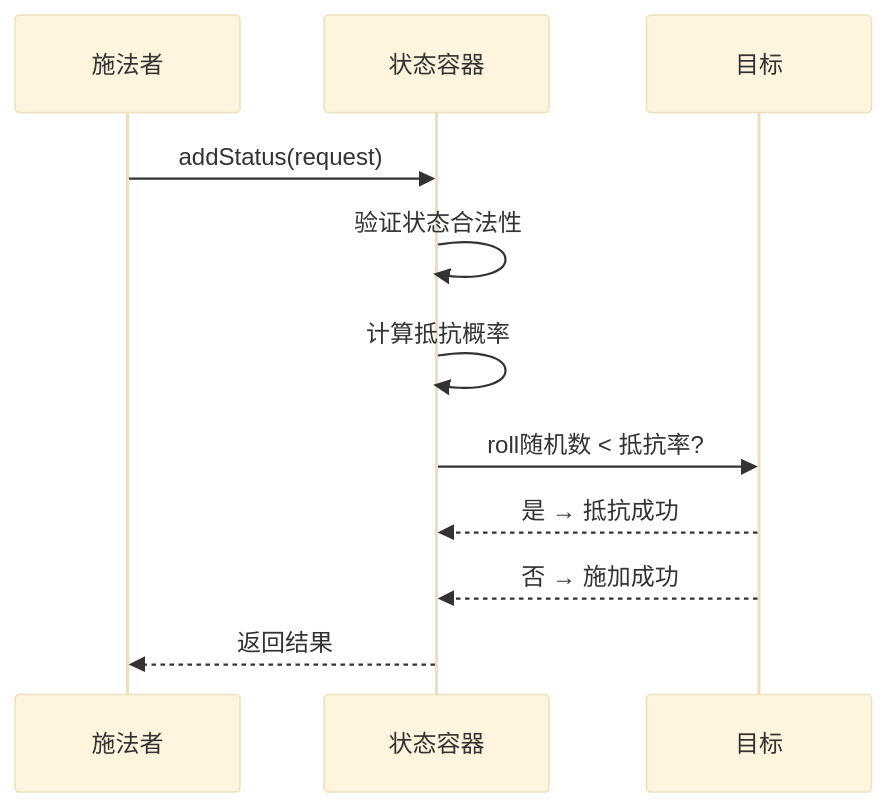
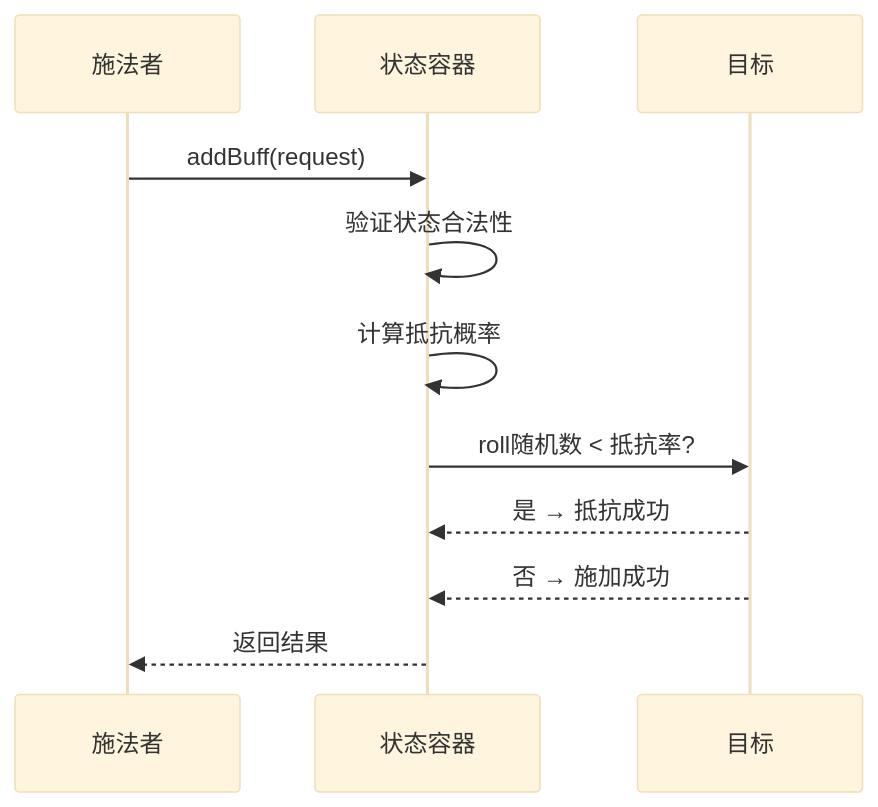
The second of 5 diagrams in .qoder/repowiki/zh/content/核心功能模块/战斗系统/战斗流程/回合执行/状态效果系统.md (ChurchTao/Daoyou), drawn with Mermaid (base theme) before and after one commit. The commit also changed other lines of this file and 41 other files, not shown here.

````diff
--- a/.qoder/repowiki/zh/content/核心功能模块/战斗系统/战斗流程/回合执行/状态效果系统.md
+++ b/.qoder/repowiki/zh/content/核心功能模块/战斗系统/战斗流程/回合执行/状态效果系统.md
@@ -129,13 +139,13 @@
 ```mermaid
 sequenceDiagram
 participant 施法者
 participant 状态容器
 participant 目标
-施法者->>状态容器 : addStatus(request)
+施法者->>状态容器 : addBuff(request)
 状态容器->>状态容器 : 验证状态合法性
 状态容器->>状态容器 : 计算抵抗概率
 状态容器->>目标 : roll随机数 < 抵抗率?
 目标-->>状态容器 : 是 → 抵抗成功
 目标-->>状态容器 : 否 → 施加成功
 状态容器-->>施法者 : 返回结果
 ```
````
